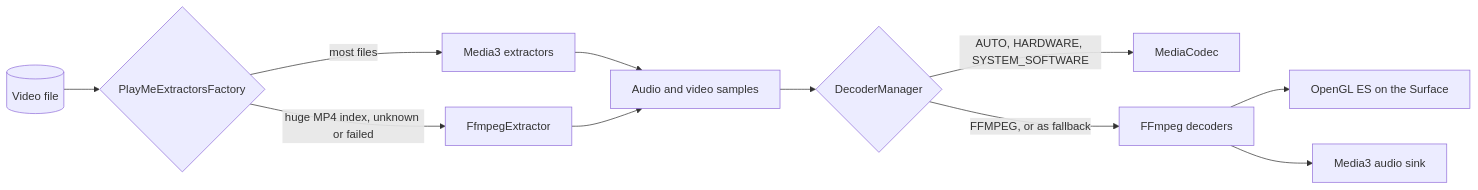
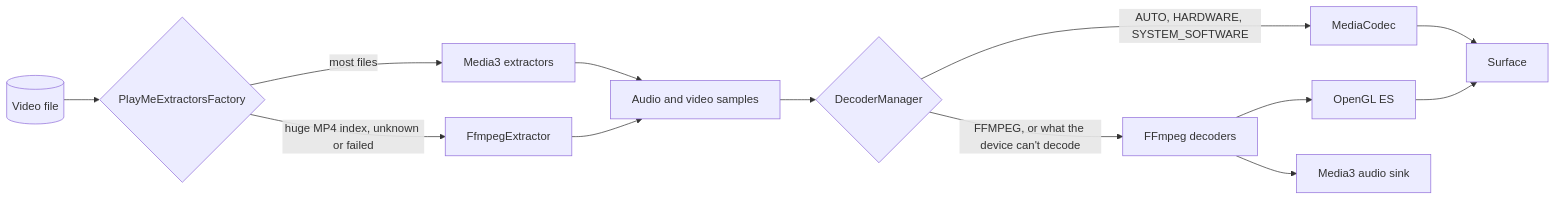
The diagram in README.md (baboDev123/play_media_library), drawn with Mermaid before and after one commit. The commit also changed other lines of this file and 3 other files, not shown here.

````diff
--- a/README.md
+++ b/README.md
@@ -204,13 +262,14 @@
 ```mermaid
 flowchart LR
     File[(Video file)] --> Factory{PlayMeExtractorsFactory}
     Factory -- most files --> Media3X[Media3 extractors]
     Factory -- huge MP4 index, unknown or failed --> FX[FfmpegExtractor]
     Media3X --> Tracks[Audio and video samples]
     FX --> Tracks
     Tracks --> Manager{DecoderManager}
     Manager -- AUTO, HARDWARE, SYSTEM_SOFTWARE --> Device[MediaCodec]
-    Manager -- FFMPEG, or as fallback --> FD[FFmpeg decoders]
-    FD --> GL[OpenGL ES on the Surface]
+    Manager -- FFMPEG, or what the device can't decode --> FD[FFmpeg decoders]
+    Device --> Surface[Surface]
+    FD --> GL[OpenGL ES] --> Surface
     FD --> Sink[Media3 audio sink]
 ```
````
